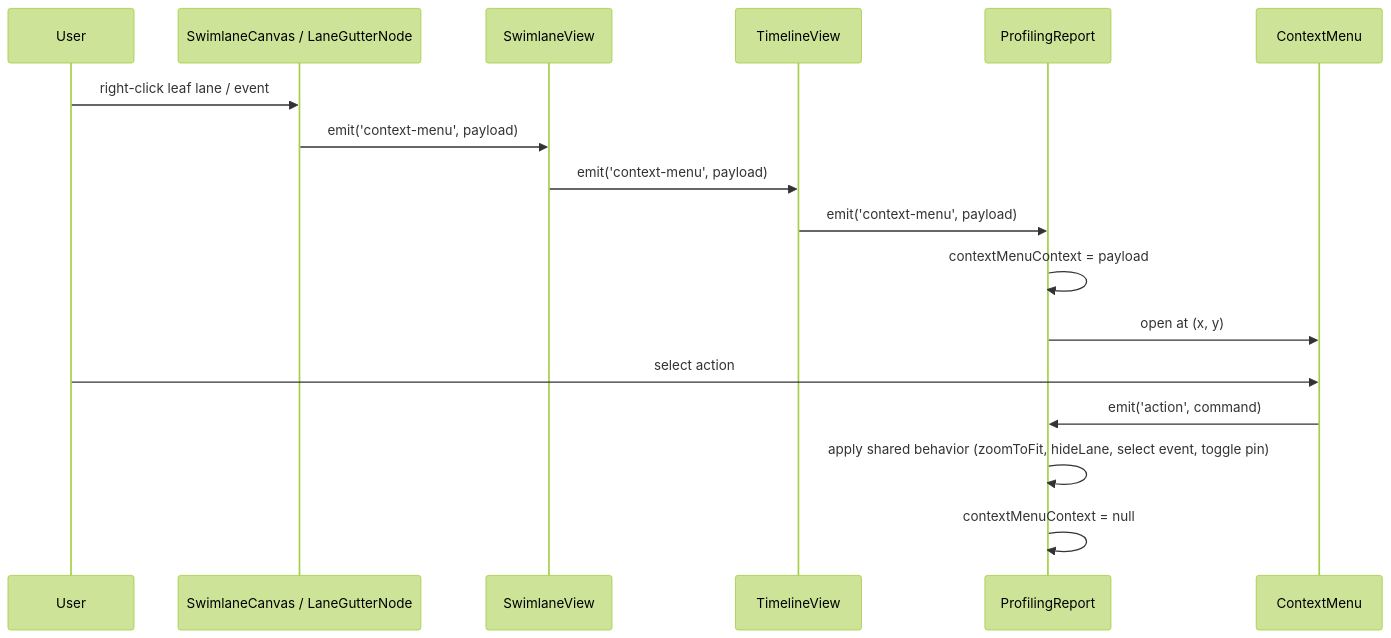
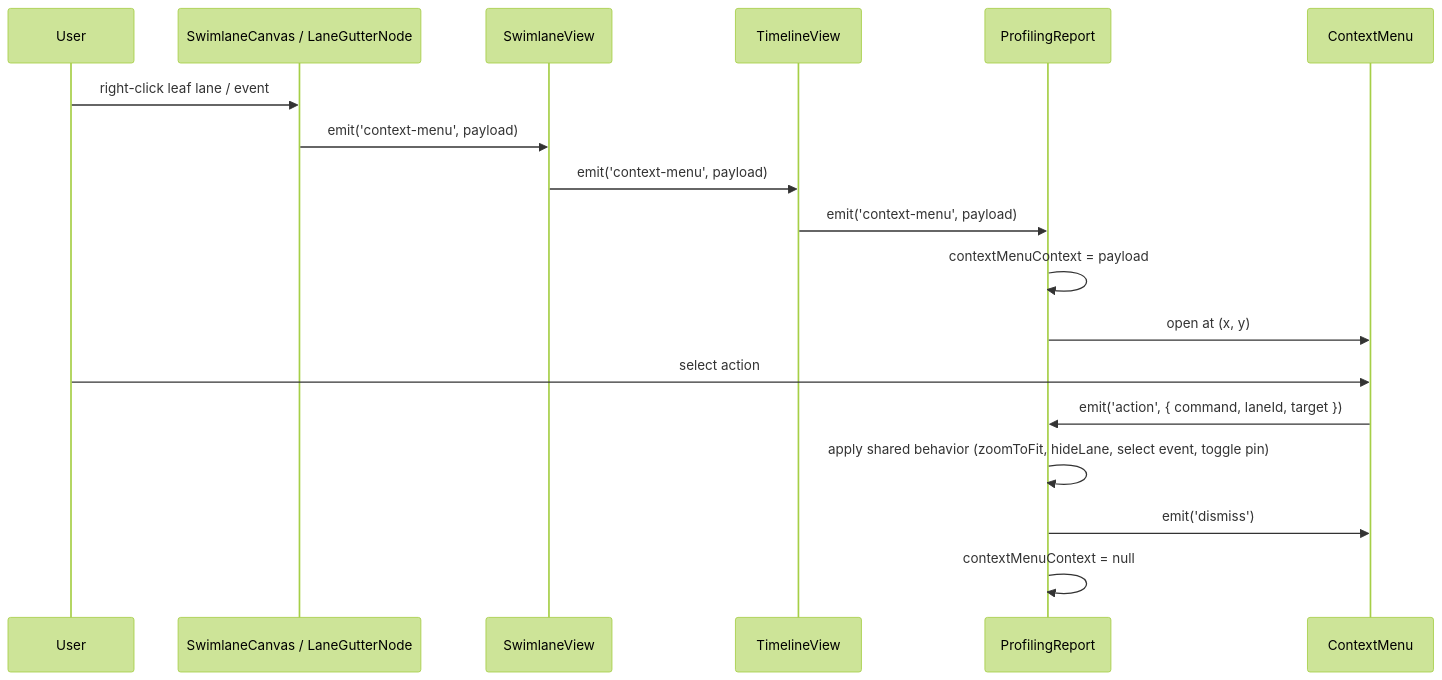
The fourth of 6 diagrams in src/ui/ProfilingReport/ProfilingReport.spec.md (IdeFrontend/profiling-report), drawn with Mermaid (forest theme) before and after one commit. The commit also changed other lines of this file and 2 other files, not shown here.

Commit message:
spec: declare ContextMenu inputs, action payload, dismiss route, and native menu suppression

````diff
--- a/src/ui/ProfilingReport/ProfilingReport.spec.md
+++ b/src/ui/ProfilingReport/ProfilingReport.spec.md
@@ -94,20 +94,21 @@
 ```mermaid
 sequenceDiagram
     participant User
     participant Surface as SwimlaneCanvas / LaneGutterNode
     participant Swim as SwimlaneView
     participant Timeline as TimelineView
     participant Root as ProfilingReport
     participant Menu as ContextMenu
 
     User->>Surface: right-click leaf lane / event
     Surface->>Swim: emit('context-menu', payload)
     Swim->>Timeline: emit('context-menu', payload)
     Timeline->>Root: emit('context-menu', payload)
     Root->>Root: contextMenuContext = payload
     Root->>Menu: open at (x, y)
     User->>Menu: select action
-    Menu->>Root: emit('action', command)
+    Menu->>Root: emit('action', { command, laneId, target })
     Root->>Root: apply shared behavior (zoomToFit, hideLane, select event, toggle pin)
+    Root->>Menu: emit('dismiss')
     Root->>Root: contextMenuContext = null
 ```
````
